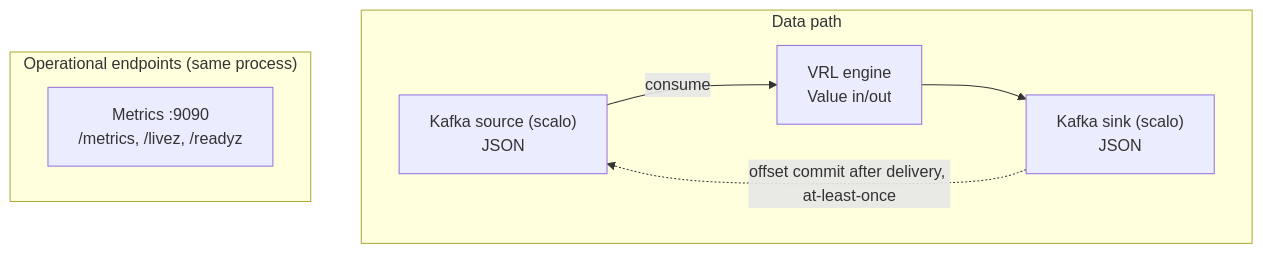
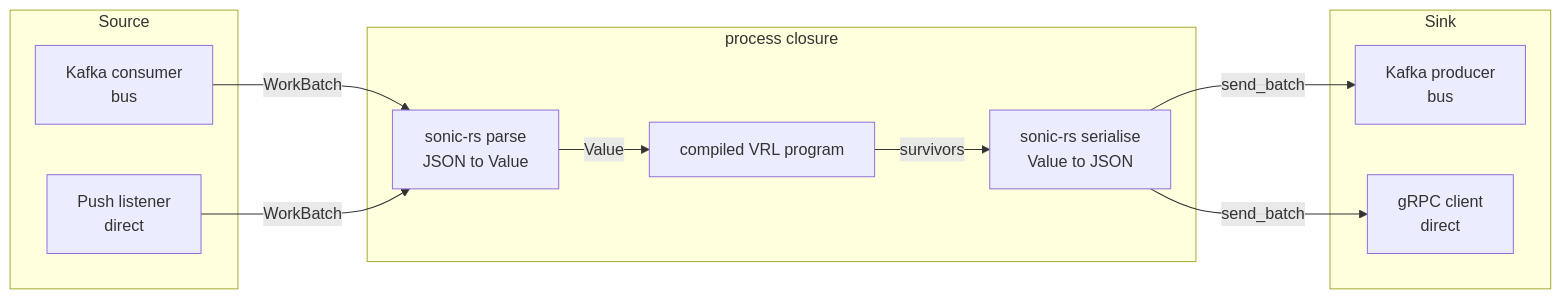
Before and after one commit to hyperi-io/dfe-transform-vrl: the diagram in docs/internals.md, drawn with Mermaid. The commit also changed other lines of this file and 9 other files, not shown here.

````diff
--- a/docs/internals.md
+++ b/docs/internals.md
@@ -21,13 +9,22 @@
 ```mermaid
-flowchart TB
-    subgraph DP["Data path"]
-        direction LR
-        KS["Kafka source (scalo)<br/>JSON"] -->|consume| VRL["VRL engine<br/>Value in/out"]
-        VRL --> KP["Kafka sink (scalo)<br/>JSON"]
-        KP -.->|offset commit after delivery, at-least-once| KS
+flowchart LR
+    subgraph SRC["Source"]
+        KC["Kafka consumer<br/>bus"]
+        PL["Push listener<br/>direct"]
     end
-    subgraph OPS["Operational endpoints (same process)"]
-        direction LR
-        MS["Metrics :9090<br/>/metrics, /livez, /readyz"]
+    subgraph PROC["process closure"]
+        PARSE["sonic-rs parse<br/>JSON to Value"]
+        VRL["compiled VRL program"]
+        SER["sonic-rs serialise<br/>Value to JSON"]
     end
+    subgraph SNK["Sink"]
+        KP["Kafka producer<br/>bus"]
+        GC["gRPC client<br/>direct"]
+    end
+    KC -->|WorkBatch| PARSE
+    PL -->|WorkBatch| PARSE
+    PARSE -->|Value| VRL
+    VRL -->|survivors| SER
+    SER -->|send_batch| KP
+    SER -->|send_batch| GC
 ```
````
